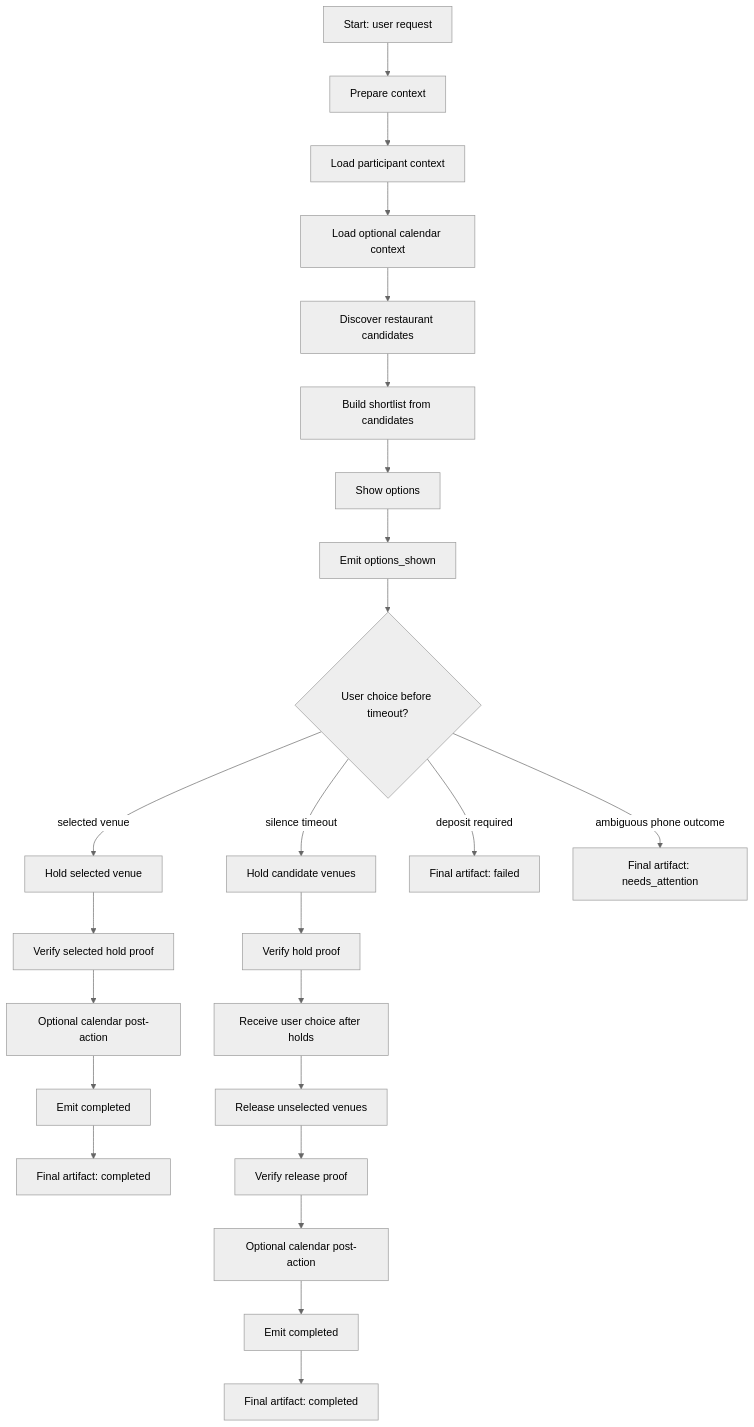
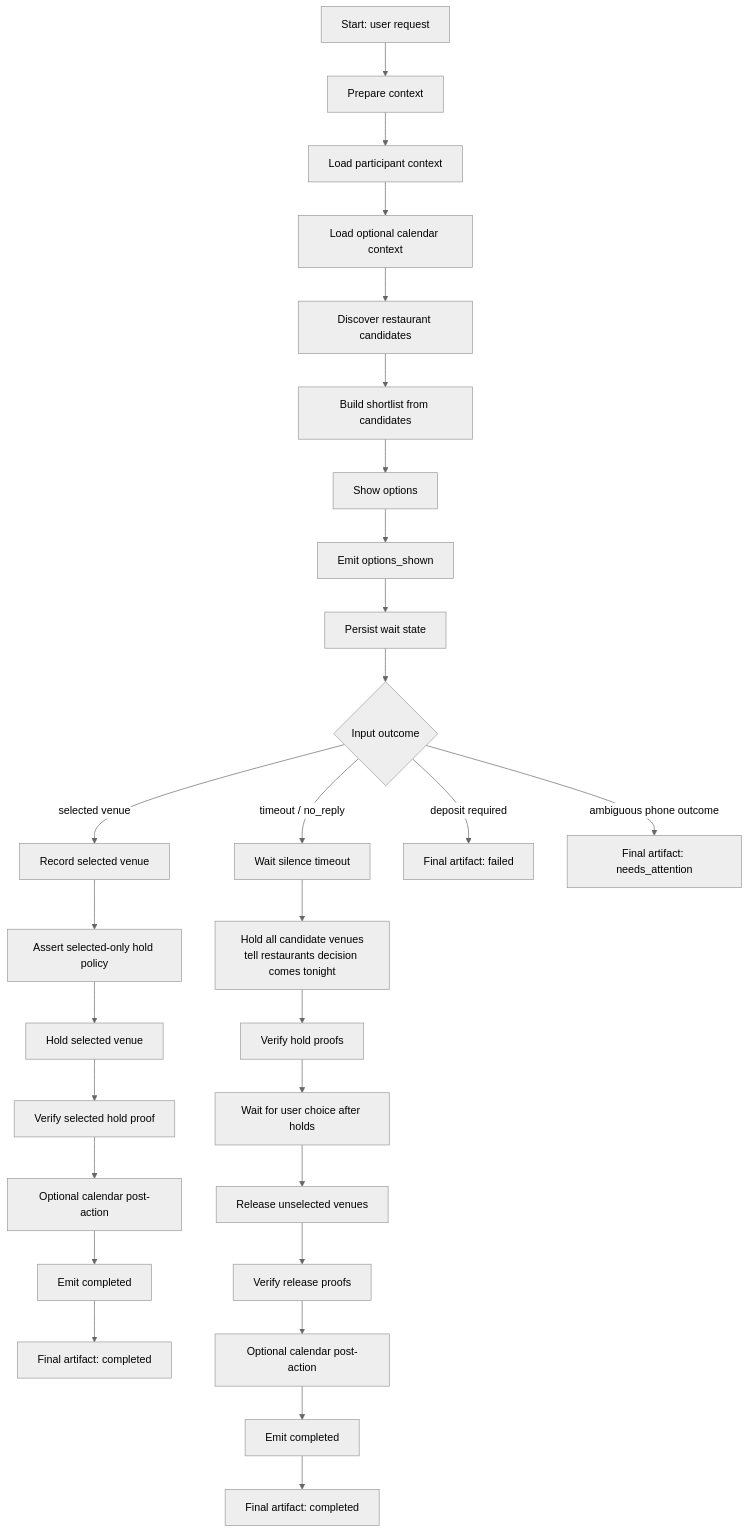
The diagram in docs/history/2026-08-24-dinner-date-workflow-spec.md (aevatarAI/aevatar), drawn with Mermaid (neutral theme) before and after one commit. The commit also changed other lines of this file and 1 other file, not shown here.

Commit message:
Align dinner timeout hold semantics.

````diff
--- a/docs/history/2026-08-24-dinner-date-workflow-spec.md
+++ b/docs/history/2026-08-24-dinner-date-workflow-spec.md
@@ -13,30 +13,34 @@
 ```mermaid
 %%{init: {"flowchart": {"curve": "basis"}}}%%
 flowchart TD
     A["Start: user request"] --> B["Prepare context"]
     B --> C["Load participant context"]
     C --> D["Load optional calendar context"]
     D --> E["Discover restaurant candidates"]
     E --> F["Build shortlist from candidates"]
     F --> G["Show options"]
     G --> H["Emit options_shown"]
-    H --> I{"User choice before timeout?"}
+    H --> I["Persist wait state"]
+    I --> J{"Input outcome"}
 
-    I -->|"selected venue"| J["Hold selected venue"]
-    J --> K["Verify selected hold proof"]
-    K --> L["Optional calendar post-action"]
-    L --> M["Emit completed"]
-    M --> N["Final artifact: completed"]
+    J -->|"selected venue"| K["Record selected venue"]
+    K --> L["Assert selected-only hold policy"]
+    L --> M["Hold selected venue"]
+    M --> N["Verify selected hold proof"]
+    N --> O["Optional calendar post-action"]
+    O --> P["Emit completed"]
+    P --> Q["Final artifact: completed"]
 
-    I -->|"silence timeout"| O["Hold candidate venues"]
-    O --> P["Verify hold proof"]
-    P --> Q["Receive user choice after holds"]
-    Q --> R["Release unselected venues"]
-    R --> S["Verify release proof"]
-    S --> T["Optional calendar post-action"]
-    T --> U["Emit completed"]
-    U --> V["Final artifact: completed"]
+    J -->|"timeout / no_reply"| R["Wait silence timeout"]
+    R --> S["Hold all candidate venues<br/>tell restaurants decision comes tonight"]
+    S --> T["Verify hold proofs"]
+    T --> U["Wait for user choice after holds"]
+    U --> V["Release unselected venues"]
+    V --> W["Verify release proofs"]
+    W --> X["Optional calendar post-action"]
+    X --> Y["Emit completed"]
+    Y --> Z["Final artifact: completed"]
 
-    I -->|"deposit required"| W["Final artifact: failed"]
-    I -->|"ambiguous phone outcome"| X["Final artifact: needs_attention"]
+    J -->|"deposit required"| AA["Final artifact: failed"]
+    J -->|"ambiguous phone outcome"| AB["Final artifact: needs_attention"]
 ```
````
